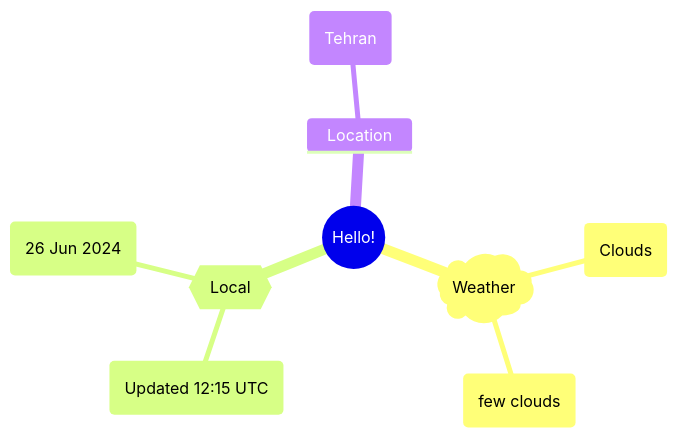
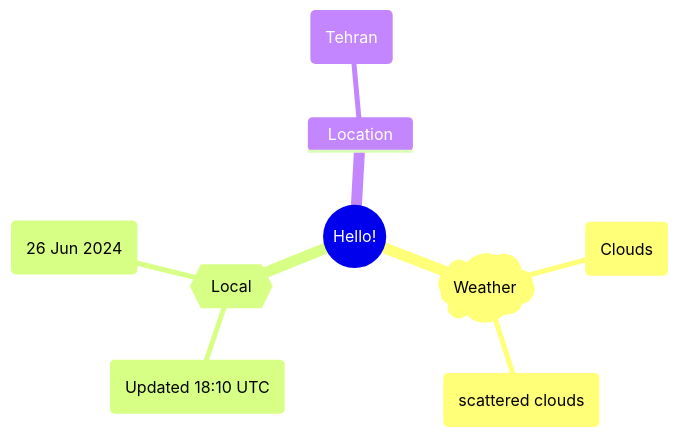
The first of 2 diagrams in README.md (Xosrov/Xosrov), drawn with Mermaid before and after one commit.

Commit message:
[bot] updated images

````diff
--- a/README.md
+++ b/README.md
@@ -3,12 +3,12 @@
 ```mermaid
 mindmap
   root((Hello!))
     )Weather(
         (Clouds)
-        (few clouds)
+        (scattered clouds)
     {{Local}}
-        (Updated 12:15 UTC)
+        (Updated 18:10 UTC)
         (26 Jun 2024)
     Location
         (Tehran)
 ```
````
